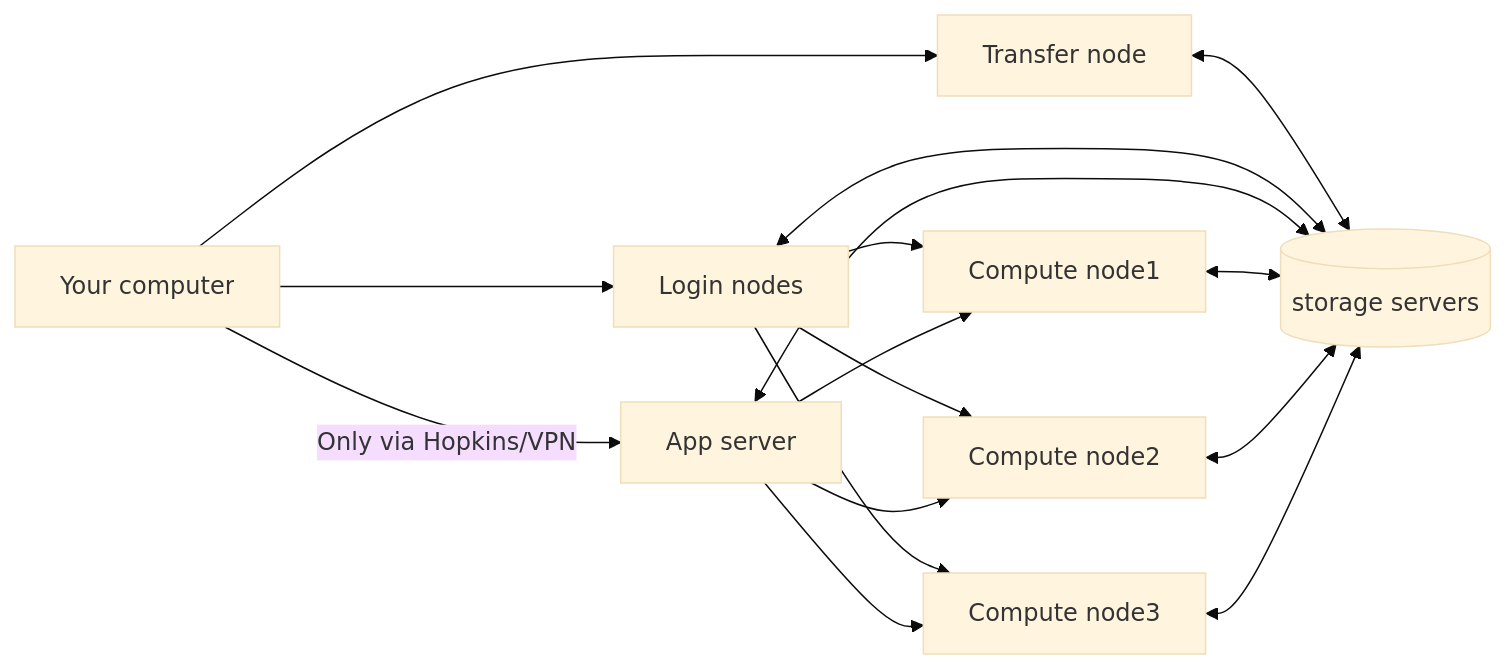
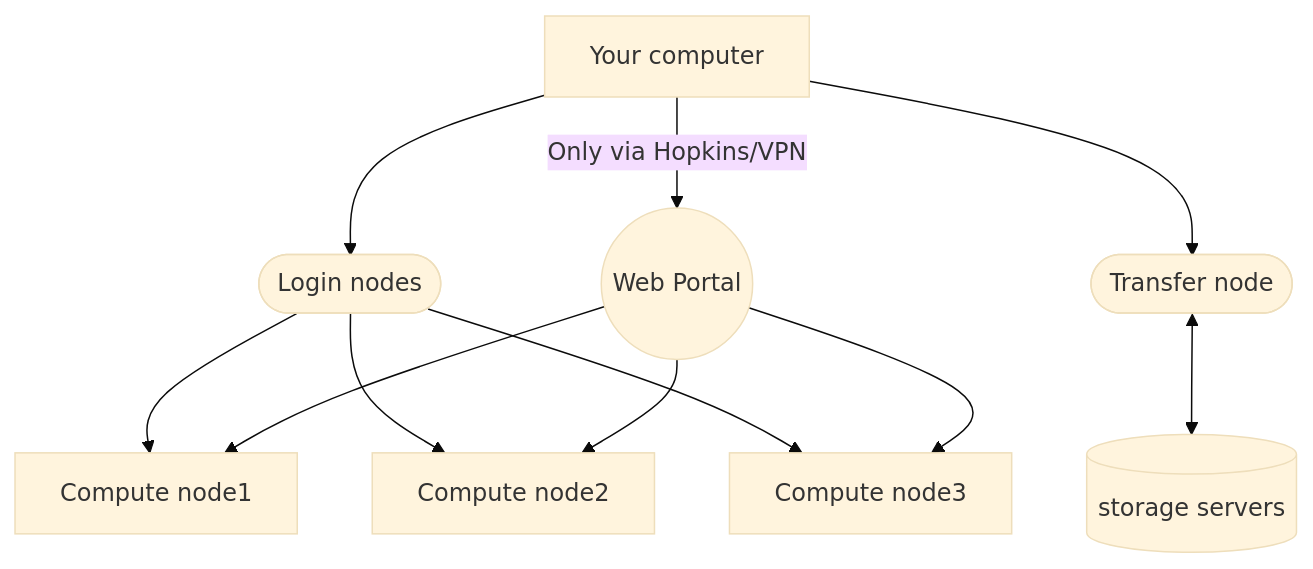
The diagram in docs/access/access-overview.md (jhpce-jhu/jhpce_mkdocs), drawn with Mermaid (base theme) before and after one commit. The commit also changed other lines of this file and 4 other files, not shown here.

````diff
--- a/docs/access/access-overview.md
+++ b/docs/access/access-overview.md
@@ -13,19 +13,13 @@
 ```mermaid
-graph LR
-   A[Your computer] --> B[Login nodes]
-   A[Your computer] -- Only via Hopkins/VPN --> D[App server]
-   A[Your computer] --> C[Transfer node]
-   B[Login nodes] --> E[Compute node1]
-   D[App server] --> E[Compute node1]
-   B[Login nodes] --> F[Compute node2]
-   D[App server] --> F[Compute node2]
-   B[Login nodes] --> G[Compute node3]
-   D[App server] --> G[Compute node3]
-   C[Transfer node] <--> H[(storage servers)]
-   B[Login nodes] <--> H[(storage servers)]
-   D[App server] <--> H[(storage servers)]
-   E[Compute node1] <--> H[(storage servers)]
-   F[Compute node2] <--> H[(storage servers)]
-   G[Compute node3] <--> H[(storage servers)]
-   
+graph TD
+   A[Your computer] --> B([Login nodes])
+   A[Your computer] -- Only via Hopkins/VPN --> D((Web Portal))
+   A[Your computer] --> C([Transfer node])
+   B([Login nodes]) --> E[Compute node1]
+   D((Web Portal)) --> E[Compute node1]
+   B([Login nodes]) --> F[Compute node2]
+   D((Web Portal)) --> F[Compute node2]
+   B([Login nodes]) --> G[Compute node3]
+   D((Web Portal)) --> G[Compute node3]
+   C([Transfer node]) <--> H[(storage servers)]
 ```
````
